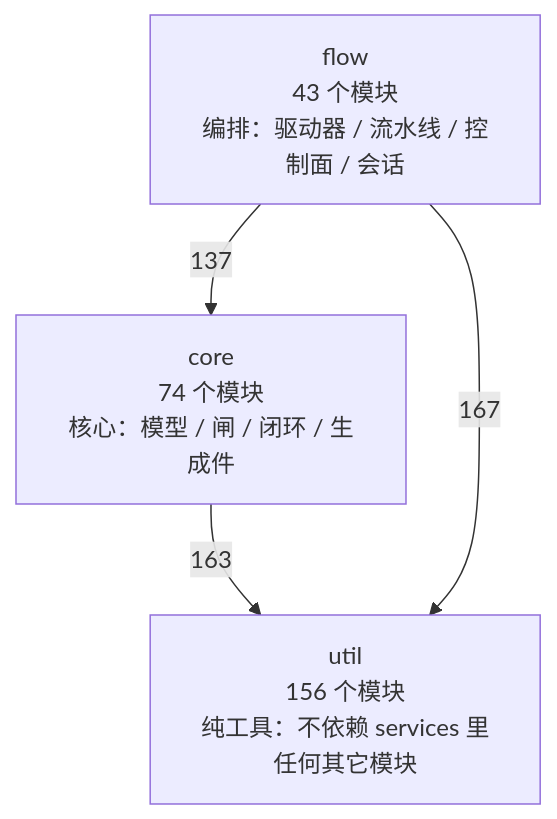
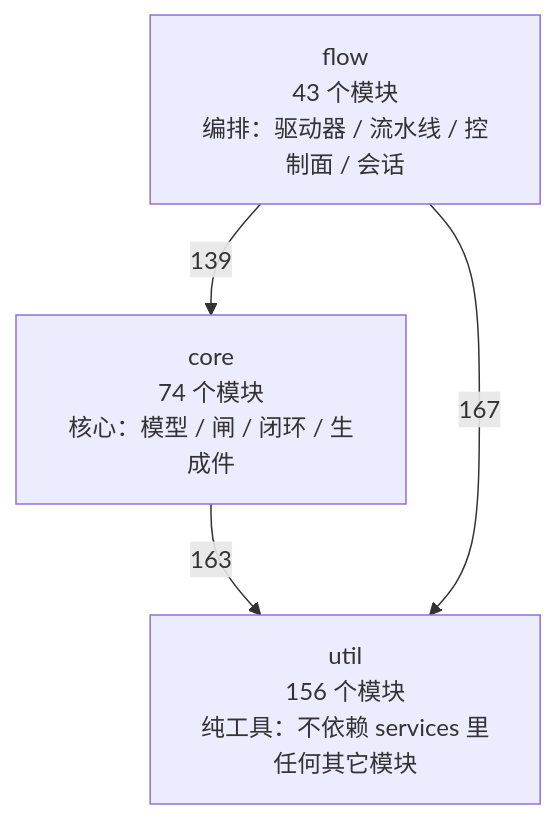
One commit to 2686521696/WhyBuddy changed the first of 4 diagrams in docs/SlideRule V6.2 架构图（自动生成）.md. Above: the diagram before and after it, drawn with Mermaid. The commit also changed other lines of this file and 5 other files, not shown here.

````diff
--- a/docs/SlideRule V6.2 架构图（自动生成）.md
+++ b/docs/SlideRule V6.2 架构图（自动生成）.md
@@ -50,9 +50,9 @@
 ```mermaid
 flowchart TB
   util["util<br/>156 个模块<br/>纯工具：不依赖 services 里任何其它模块"]
   core["core<br/>74 个模块<br/>核心：模型 / 闸 / 闭环 / 生成件"]
   flow["flow<br/>43 个模块<br/>编排：驱动器 / 流水线 / 控制面 / 会话"]
   core -->|163| util
-  flow -->|137| core
+  flow -->|139| core
   flow -->|167| util
 ```
````
